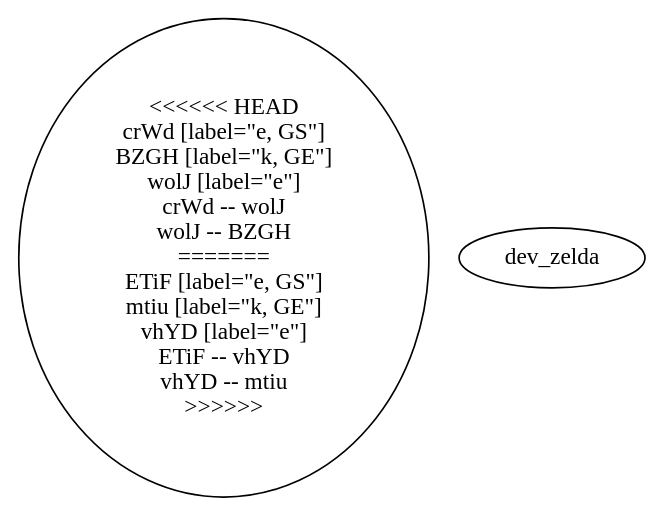
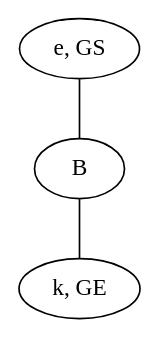
One commit to schrum2/MM-NEAT changed the diagram in data/VGLC/Zelda/rules/1/2_E-K.dot. Above: the diagram before and after it, drawn with Graphviz. The commit also changed 22 other files, not shown here.

```diff
--- a/data/VGLC/Zelda/rules/1/2_E-K.dot
+++ b/data/VGLC/Zelda/rules/1/2_E-K.dot
@@ -1,15 +1,7 @@
 graph {
-<<<<<<< HEAD
-crWd [label="e, GS"]
-BZGH [label="k, GE"]
-wolJ [label="e"]
-crWd -- wolJ
-wolJ -- BZGH
-=======
-ETiF [label="e, GS"]
-mtiu [label="k, GE"]
-vhYD [label="e"]
-ETiF -- vhYD
-vhYD -- mtiu
->>>>>>> dev_zelda
+KxxG [label="e, GS"]
+AKxq [label="k, GE"]
+TOwD [label="B"]
+KxxG -- TOwD
+TOwD -- AKxq
 }
```
